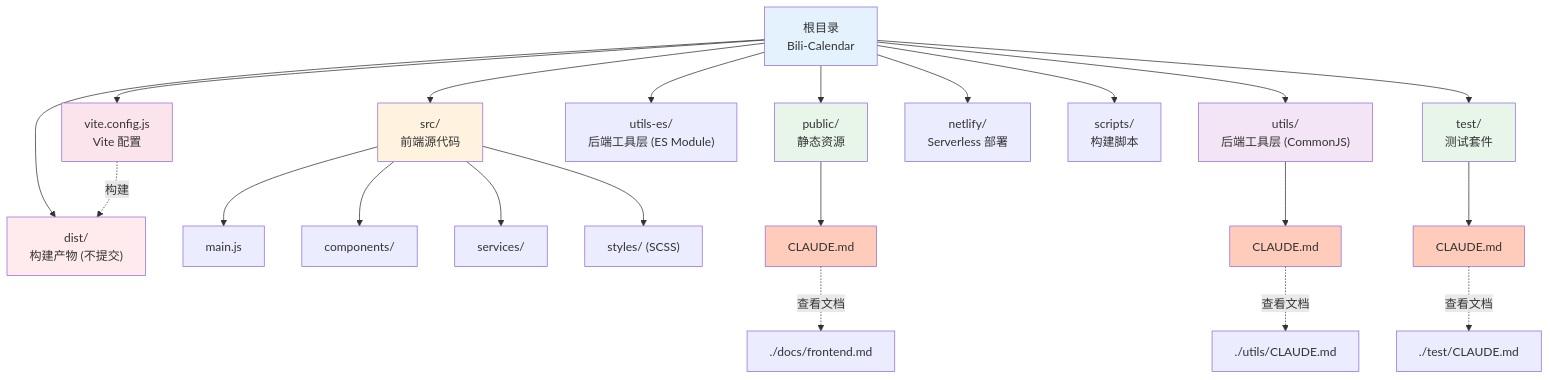
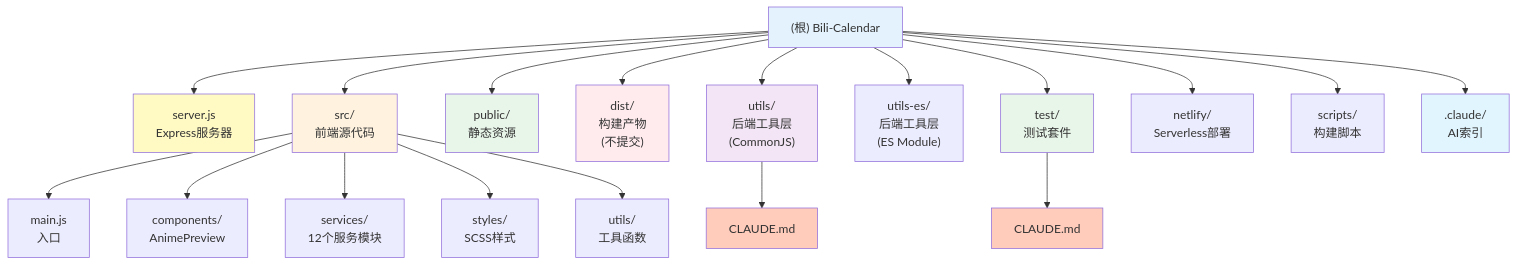
The diagram in CLAUDE.md (Silentely/Bili-Calendar), drawn with Mermaid before and after one commit. The commit also changed other lines of this file and 37 other files, not shown here.

````diff
--- a/CLAUDE.md
+++ b/CLAUDE.md
@@ -176,38 +203,36 @@
 ```mermaid
 graph TD
-    Root["根目录<br/>Bili-Calendar"] --> Src["src/<br/>前端源代码"]
+    Root["(根) Bili-Calendar"] --> Server["server.js<br/>Express服务器"]
+    Root --> Src["src/<br/>前端源代码"]
     Root --> Public["public/<br/>静态资源"]
-    Root --> Dist["dist/<br/>构建产物 (不提交)"]
-    Root --> Utils["utils/<br/>后端工具层 (CommonJS)"]
-    Root --> UtilsES["utils-es/<br/>后端工具层 (ES Module)"]
+    Root --> Dist["dist/<br/>构建产物<br/>(不提交)"]
+    Root --> Utils["utils/<br/>后端工具层<br/>(CommonJS)"]
+    Root --> UtilsES["utils-es/<br/>后端工具层<br/>(ES Module)"]
     Root --> Test["test/<br/>测试套件"]
-    Root --> Netlify["netlify/<br/>Serverless 部署"]
+    Root --> Netlify["netlify/<br/>Serverless部署"]
     Root --> Scripts["scripts/<br/>构建脚本"]
-    Root --> ViteConfig["vite.config.js<br/>Vite 配置"]
+    Root --> Claude[".claude/<br/>AI索引"]
 
-    Src --> SrcMain["main.js"]
-    Src --> SrcComponents["components/"]
-    Src --> SrcServices["services/"]
-    Src --> SrcStyles["styles/ (SCSS)"]
+    Src --> SrcMain["main.js<br/>入口"]
+    Src --> SrcComponents["components/<br/>AnimePreview"]
+    Src --> SrcServices["services/<br/>12个服务模块"]
+    Src --> SrcStyles["styles/<br/>SCSS样式"]
+    Src --> SrcUtils["utils/<br/>工具函数"]
 
-    Public --> PublicCLAUDE["CLAUDE.md"]
     Utils --> UtilsCLAUDE["CLAUDE.md"]
     Test --> TestCLAUDE["CLAUDE.md"]
 
-    PublicCLAUDE -.->|"查看文档"| PublicLink["./docs/frontend.md"]
-    UtilsCLAUDE -.->|"查看文档"| UtilsLink["./utils/CLAUDE.md"]
-    TestCLAUDE -.->|"查看文档"| TestLink["./test/CLAUDE.md"]
-
-    ViteConfig -.->|"构建"| Dist
+    click UtilsCLAUDE "./utils/CLAUDE.md" "查看工具层文档"
+    click TestCLAUDE "./test/CLAUDE.md" "查看测试文档"
 
     style Root fill:#e3f2fd
+    style Server fill:#fff9c4
     style Src fill:#fff3e0
     style Public fill:#e8f5e9
     style Dist fill:#ffebee
     style Utils fill:#f3e5f5
     style Test fill:#e8f5e9
-    style ViteConfig fill:#fce4ec
-    style PublicCLAUDE fill:#ffccbc
+    style Claude fill:#e1f5fe
     style UtilsCLAUDE fill:#ffccbc
     style TestCLAUDE fill:#ffccbc
 ```
````
